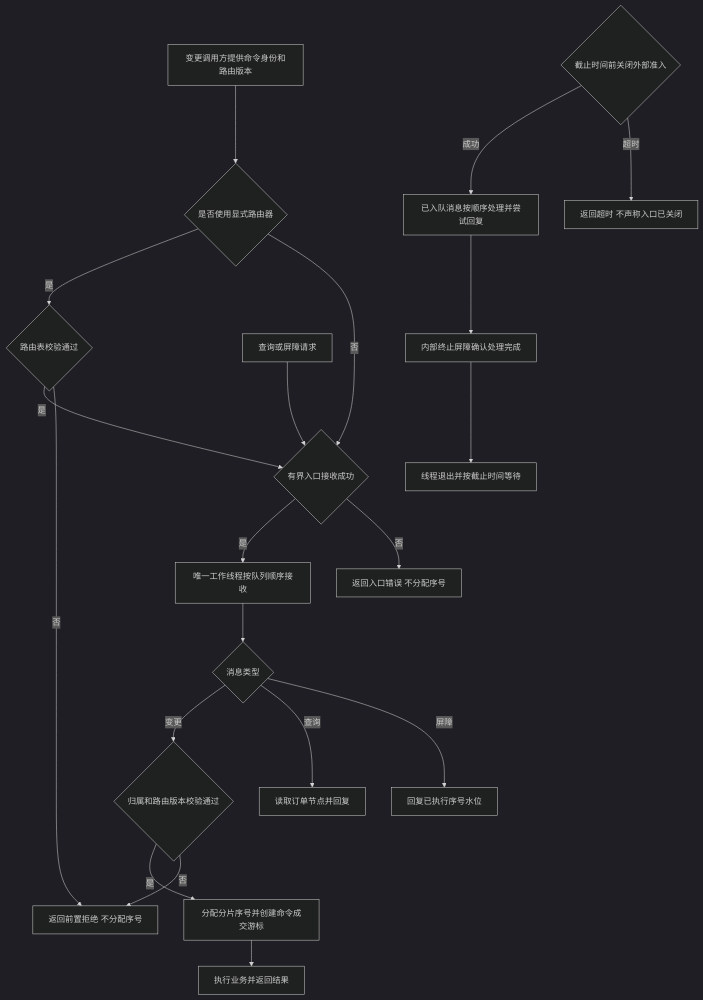
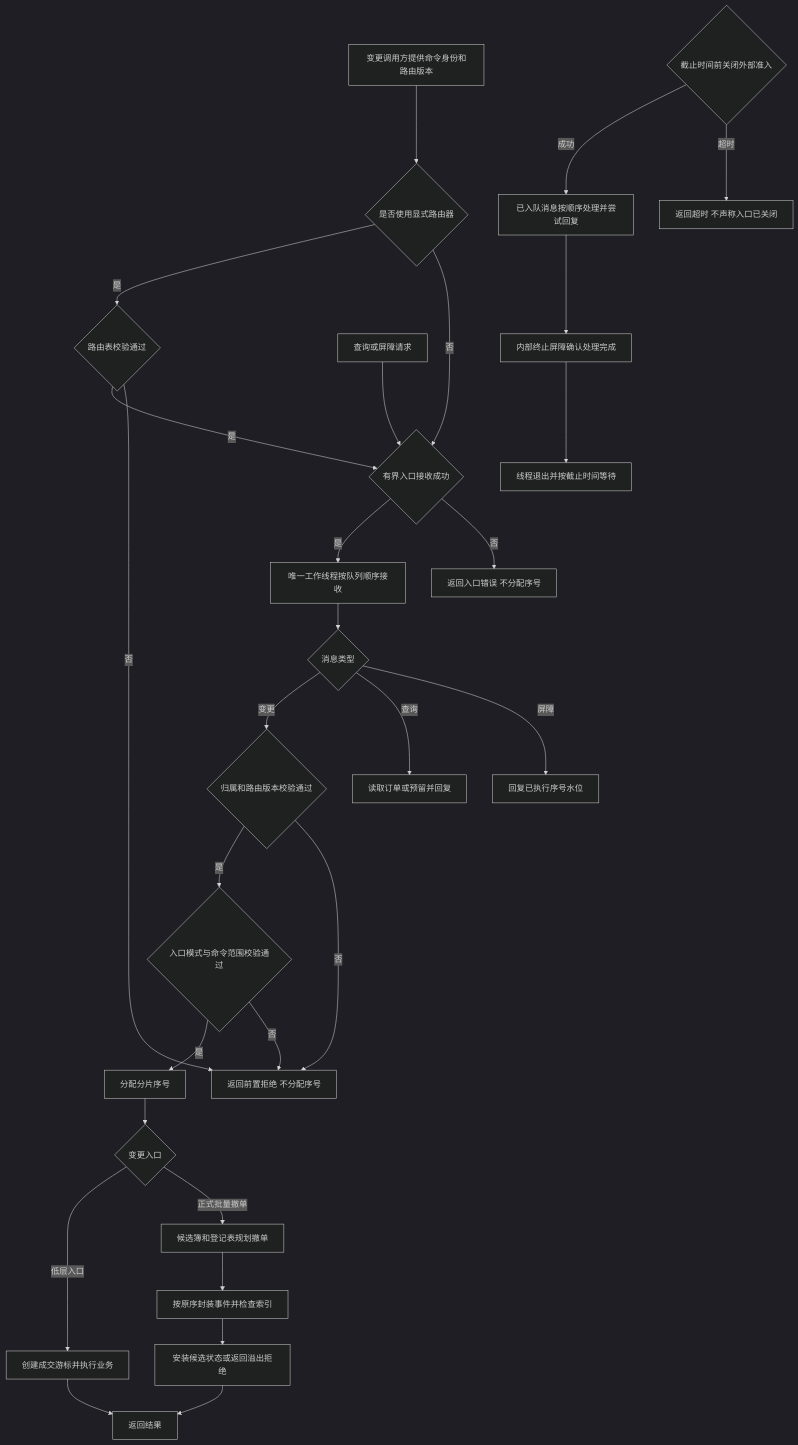
Before and after one commit to YANSHAO0032/tide-matching-engine: the first of 10 diagrams in docs/logic_flows.md, drawn with Mermaid (dark theme). The commit also changed 12 other files, not shown here.

````diff
--- a/docs/logic_flows.md
+++ b/docs/logic_flows.md
@@ -7,22 +7,30 @@
 ```mermaid
 flowchart TD
     A[变更调用方提供命令身份和路由版本] --> B{是否使用显式路由器}
     B -- 是 --> R{路由表校验通过}
     B -- 否 --> C{有界入口接收成功}
     R -- 是 --> C
     R -- 否 --> X[返回前置拒绝 不分配序号]
     Q[查询或屏障请求] --> C
     C -- 是 --> D[唯一工作线程按队列顺序接收]
     C -- 否 --> Y[返回入口错误 不分配序号]
     D --> E{消息类型}
     E -- 变更 --> F{归属和路由版本校验通过}
-    F -- 是 --> G[分配分片序号并创建命令成交游标]
+    F -- 是 --> J1{入口模式与命令范围校验通过}
+    J1 -- 是 --> G[分配分片序号]
+    J1 -- 否 --> X
     F -- 否 --> X
-    G --> H[执行业务并返回结果]
-    E -- 查询 --> I[读取订单节点并回复]
+    G --> Z{变更入口}
+    Z -- 低层入口 --> V[创建成交游标并执行业务]
+    V --> H[返回结果]
+    Z -- 正式批量撤单 --> P[候选簿和登记表规划撤单]
+    P --> W[按原序封装事件并检查索引]
+    W --> U[安装候选状态或返回溢出拒绝]
+    U --> H
+    E -- 查询 --> I[读取订单或预留并回复]
     E -- 屏障 --> J[回复已执行序号水位]
     K{截止时间前关闭外部准入} -- 成功 --> L[已入队消息按顺序处理并尝试回复]
     K -- 超时 --> T[返回超时 不声称入口已关闭]
     L --> N[内部终止屏障确认处理完成]
     N --> M[线程退出并按截止时间等待]
 ```
````
